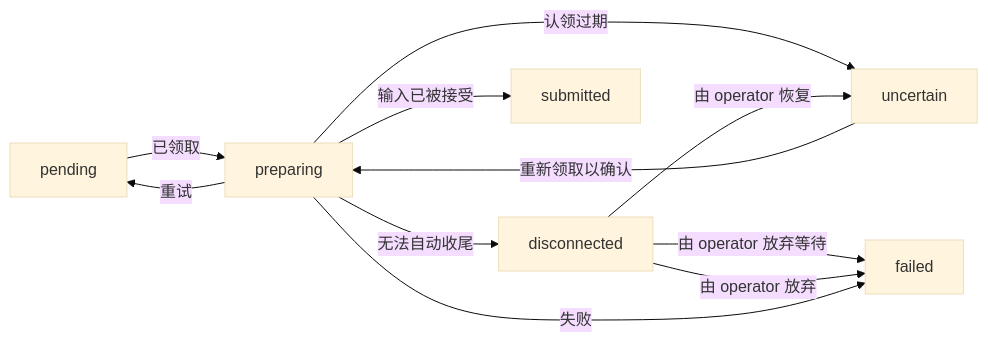
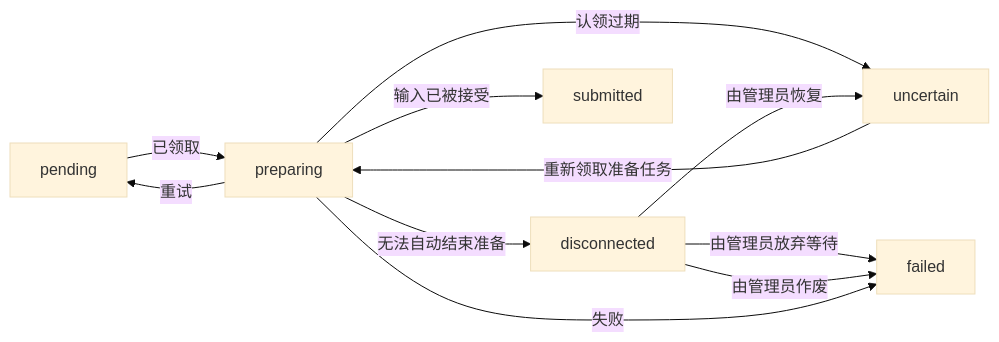
One commit to Agent-AI-Chalmers/sec-review-bot changed the first of 4 diagrams in contracts/review-runs-api/v1/STATE_MACHINES.zh.md. Above: the diagram before and after it, drawn with Mermaid (base theme). The commit also changed other lines of this file and 16 other files, not shown here.

````diff
--- a/contracts/review-runs-api/v1/STATE_MACHINES.zh.md
+++ b/contracts/review-runs-api/v1/STATE_MACHINES.zh.md
@@ -15,19 +15,19 @@
 ```mermaid
 flowchart LR
   preparation_pending["pending"]
   preparation_preparing["preparing"]
   preparation_uncertain["uncertain"]
   preparation_disconnected["disconnected"]
   preparation_submitted["submitted"]
   preparation_failed["failed"]
   preparation_pending -->|"已领取"| preparation_preparing
   preparation_preparing -->|"输入已被接受"| preparation_submitted
   preparation_preparing -->|"重试"| preparation_pending
   preparation_preparing -->|"认领过期"| preparation_uncertain
-  preparation_uncertain -->|"重新领取以确认"| preparation_preparing
-  preparation_preparing -->|"无法自动收尾"| preparation_disconnected
-  preparation_disconnected -->|"由 operator 恢复"| preparation_uncertain
-  preparation_disconnected -->|"由 operator 放弃等待"| preparation_failed
-  preparation_disconnected -->|"由 operator 放弃"| preparation_failed
+  preparation_uncertain -->|"重新领取准备任务"| preparation_preparing
+  preparation_preparing -->|"无法自动结束准备"| preparation_disconnected
+  preparation_disconnected -->|"由管理员恢复"| preparation_uncertain
+  preparation_disconnected -->|"由管理员放弃等待"| preparation_failed
+  preparation_disconnected -->|"由管理员作废"| preparation_failed
   preparation_preparing -->|"失败"| preparation_failed
 ```
````
